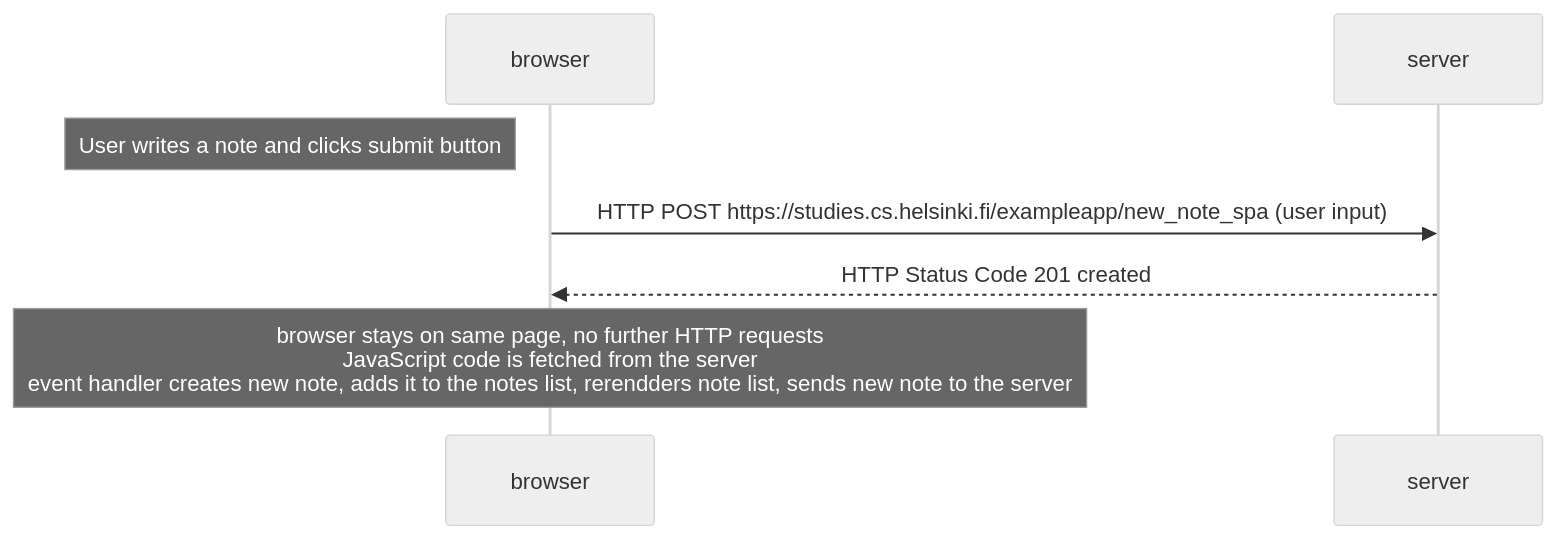
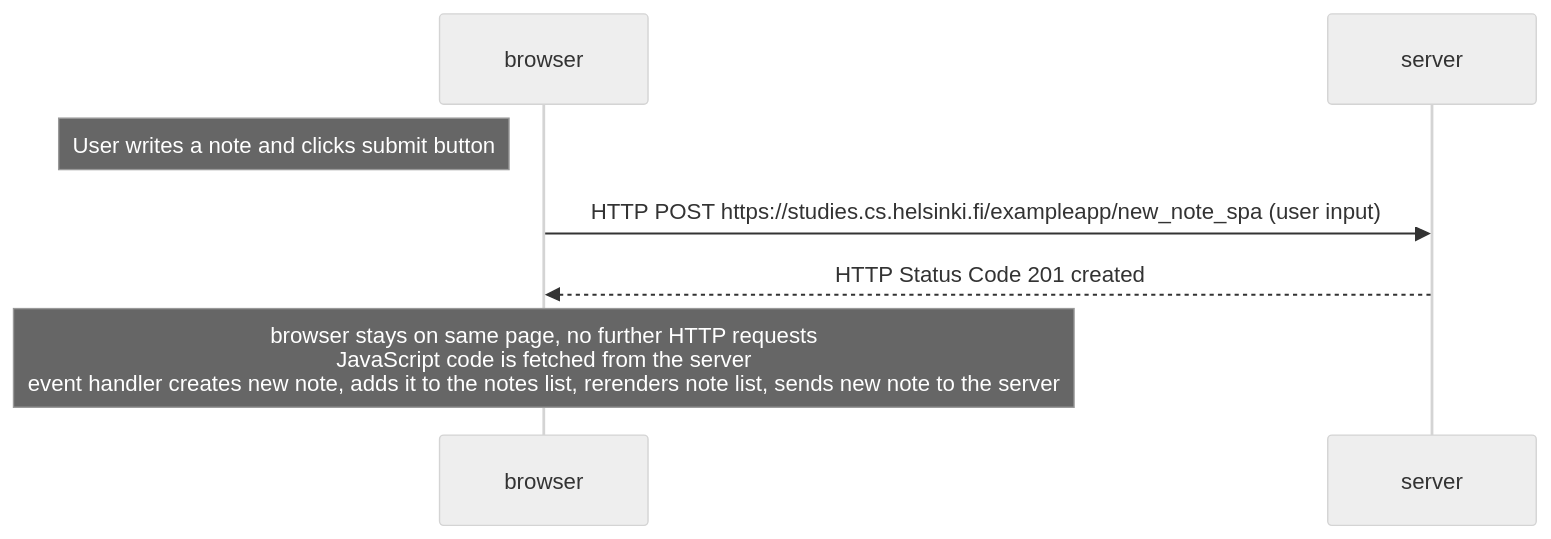
One commit to nikihietala/fullstack-open changed the diagram in part0/0_6.md. Above: the diagram before and after it, drawn with Mermaid (neutral theme). The commit also changed 2 other files, not shown here.

Commit message:
fixes to part 0

````diff
--- a/part0/0_6.md
+++ b/part0/0_6.md
@@ -1,7 +1,7 @@
 ```mermaid
 	sequenceDiagram
         Note left of browser: User writes a note and clicks submit button
 		browser->>server: HTTP POST https://studies.cs.helsinki.fi/exampleapp/new_note_spa (user input)
         server-->>browser: HTTP Status Code 201 created
-        Note over browser: browser stays on same page, no further HTTP requests <br/> JavaScript code is fetched from the server <br/> event handler creates new note, adds it to the notes list, rerendders note list, sends new note to the server
+        Note over browser: browser stays on same page, no further HTTP requests <br/> JavaScript code is fetched from the server <br/> event handler creates new note, adds it to the notes list, rerenders note list, sends new note to the server
 ```
````
